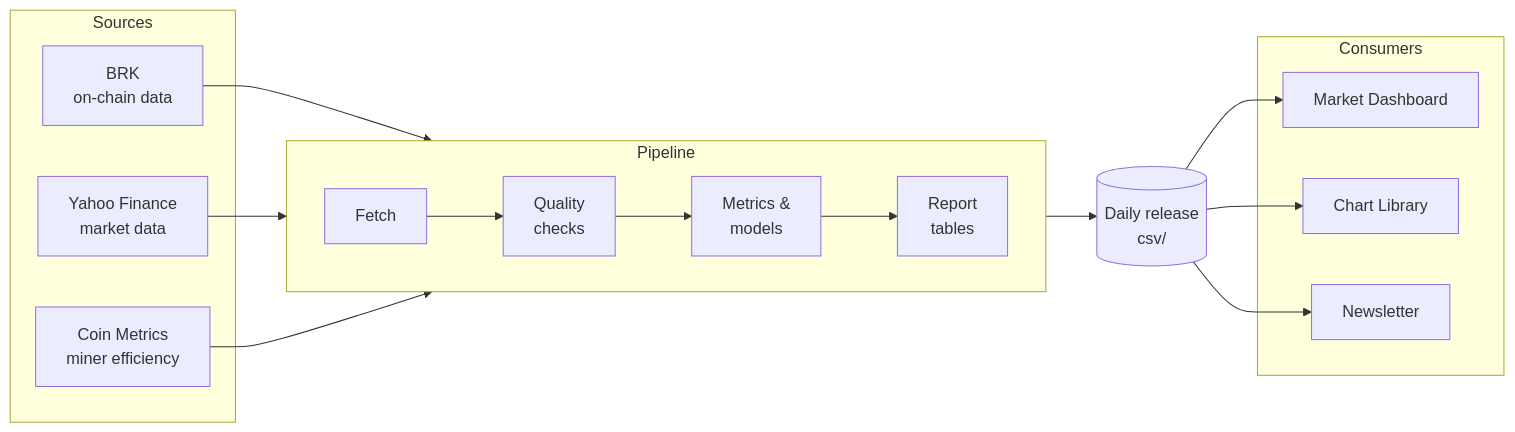
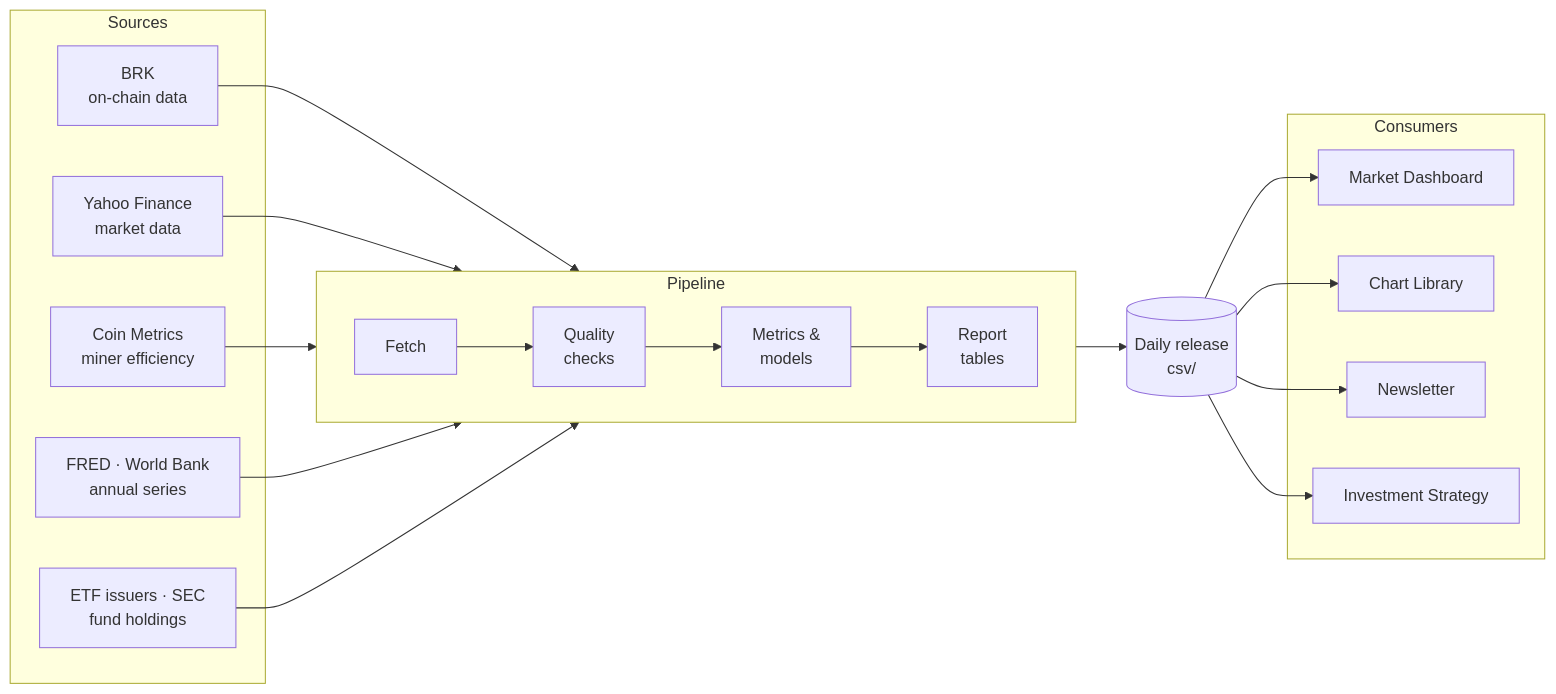
One commit to SecretSatoshis/Bitcoin-Report-Library changed the diagram in README.md. Above: the diagram before and after it, drawn with Mermaid. The commit also changed other lines of this file and 18 other files, not shown here.

First line of the commit message:
Add US spot bitcoin ETF tables, annual reference series and exact daily flows

````diff
--- a/README.md
+++ b/README.md
@@ -26,25 +29,28 @@
 ```mermaid
 flowchart LR
     subgraph Sources
         BRK["BRK<br/>on-chain data"]
         YF["Yahoo Finance<br/>market data"]
         CM["Coin Metrics<br/>miner efficiency"]
+        AN["FRED · World Bank<br/>annual series"]
+        ETF["ETF issuers · SEC<br/>fund holdings"]
     end
 
     subgraph Pipeline
         direction LR
         F["Fetch"] --> Q["Quality<br/>checks"] --> M["Metrics &<br/>models"] --> T["Report<br/>tables"]
     end
 
     R[("Daily release<br/>csv/")]
 
     subgraph Consumers
         D["Market Dashboard"]
         C["Chart Library"]
         N["Newsletter"]
+        S["Investment Strategy"]
     end
 
-    BRK & YF & CM --> F
+    BRK & YF & CM & AN & ETF --> F
     T --> R
-    R --> D & C & N
+    R --> D & C & N & S
 ```
````
